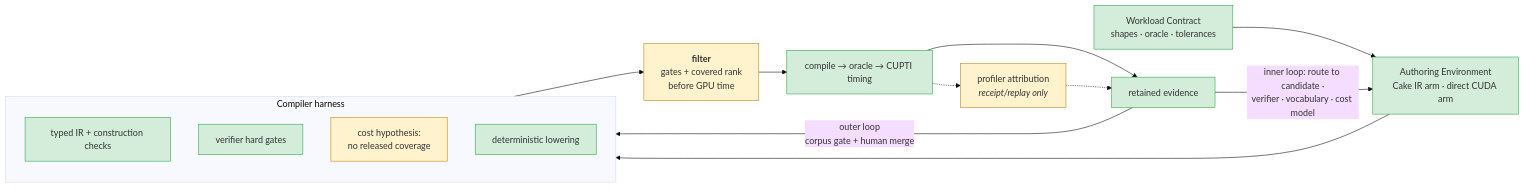
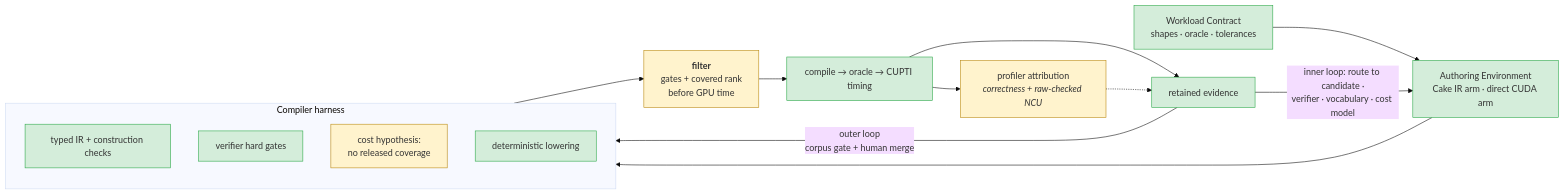
The seventh of 7 diagrams in docs/ARCHITECTURE.md (qhy991/open-cake-ir), drawn with Mermaid (base theme) before and after one commit. The commit also changed other lines of this file and 29 other files, not shown here.

Commit message:
Add replayable B200 profiler attribution

````diff
--- a/docs/ARCHITECTURE.md
+++ b/docs/ARCHITECTURE.md
@@ -231,32 +242,32 @@
 ```mermaid
 graph LR
     W["Workload Contract<br/>shapes · oracle · tolerances"] --> AE
     AE["Authoring Environment<br/>Cake IR arm · direct CUDA arm"] --> CH
 
     subgraph CH["Compiler harness"]
         direction TB
         T1["typed IR + construction checks"]
         T2["verifier hard gates"]
         T3["cost hypothesis:<br/>no released coverage"]
         T4["deterministic lowering"]
     end
 
     CH --> FIL["<b>filter</b><br/>gates + covered rank<br/>before GPU time"]
     FIL --> EX["compile → oracle → CUPTI timing"]
     EX --> EVD["retained evidence"]
-    EX -.-> PROF["profiler attribution<br/><i>receipt/replay only</i>"]
+    EX --> PROF["profiler attribution<br/><i>correctness + raw-checked NCU</i>"]
     PROF -.-> EVD
     EVD -->|"inner loop: route to candidate ·<br/>verifier · vocabulary · cost model"| AE
     EVD -->|"outer loop<br/>corpus gate + human merge"| CH
 
     style T1 fill:#d4edda,stroke:#28a745
     style T2 fill:#d4edda,stroke:#28a745
     style T4 fill:#d4edda,stroke:#28a745
     style T3 fill:#fff3cd,stroke:#b8860b
     style FIL fill:#fff3cd,stroke:#b8860b
     style W fill:#d4edda,stroke:#28a745
     style AE fill:#d4edda,stroke:#28a745
     style EX fill:#d4edda,stroke:#28a745
     style PROF fill:#fff3cd,stroke:#b8860b
     style EVD fill:#d4edda,stroke:#28a745
 ```
````
